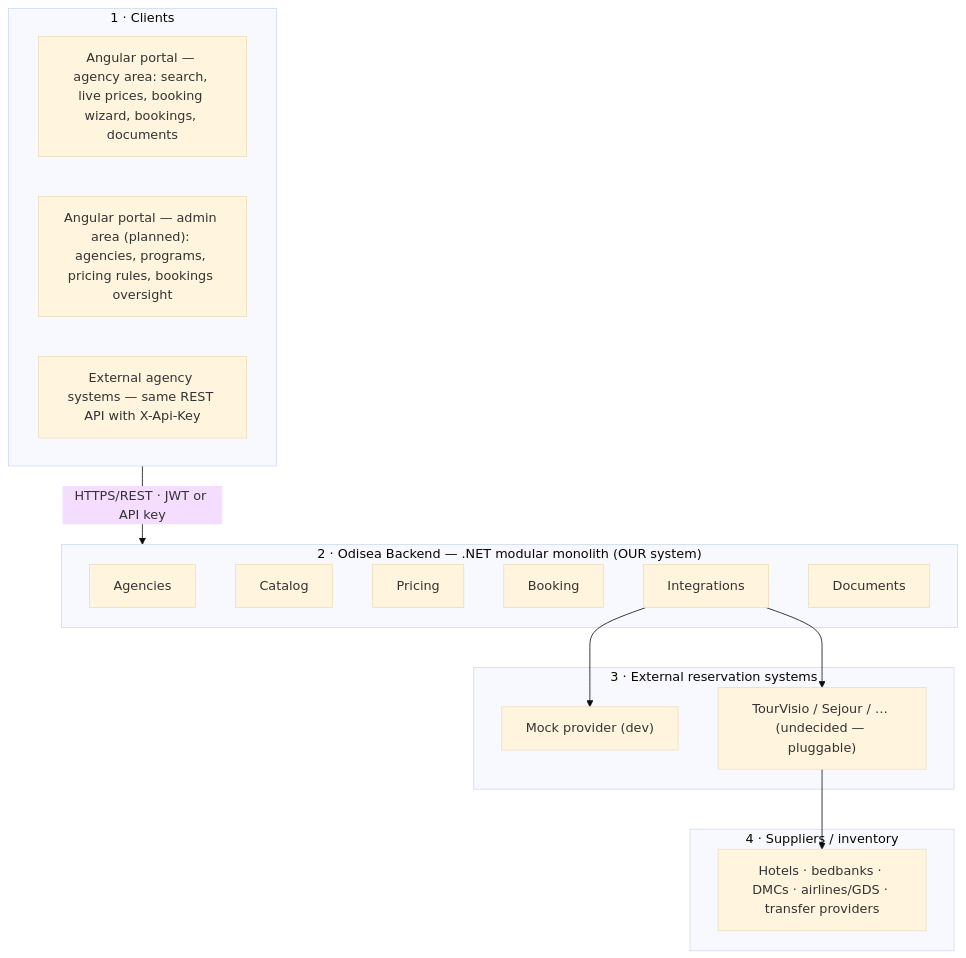
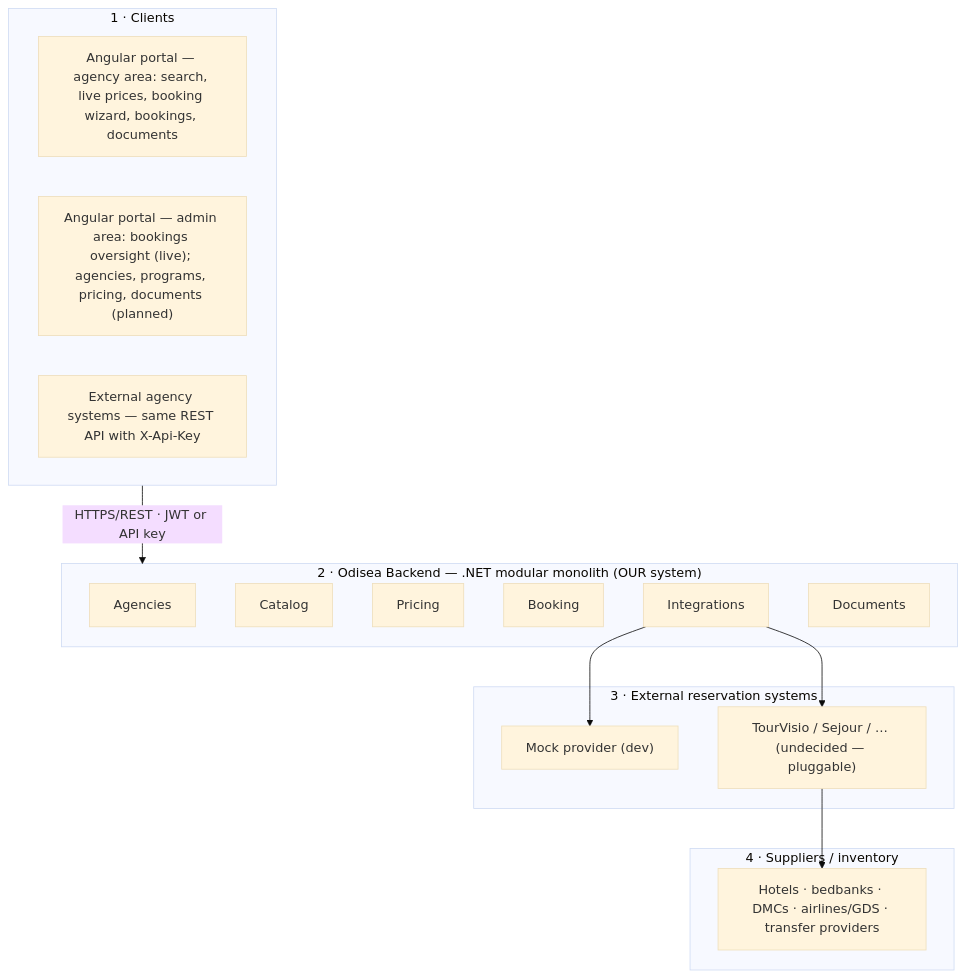
Before and after one commit to odisea-network/odisea: the diagram in docs/ARCHITECTURE.md, drawn with Mermaid (base theme). The commit also changed other lines of this file and 10 other files, not shown here.

First line of the commit message:
feat(portal): admin bookings oversight

````diff
--- a/docs/ARCHITECTURE.md
+++ b/docs/ARCHITECTURE.md
@@ -11,27 +11,27 @@
 ```mermaid
 flowchart TB
     subgraph T1["1 · Clients"]
         agency["Angular portal — agency area: search, live prices, booking wizard, bookings, documents"]
-        admin["Angular portal — admin area (planned): agencies, programs, pricing rules, bookings oversight"]
+        admin["Angular portal — admin area: bookings oversight (live); agencies, programs, pricing, documents (planned)"]
         partner["External agency systems — same REST API with X-Api-Key"]
     end
     subgraph T2["2 · Odisea Backend — .NET modular monolith (OUR system)"]
         AG[Agencies]
         CAT[Catalog]
         PRC[Pricing]
         BKG[Booking]
         INT[Integrations]
         DOC[Documents]
     end
     subgraph T3["3 · External reservation systems"]
         MOCK["Mock provider (dev)"]
         TV["TourVisio / Sejour / … (undecided — pluggable)"]
     end
     subgraph T4["4 · Suppliers / inventory"]
         SUP["Hotels · bedbanks · DMCs · airlines/GDS · transfer providers"]
     end
     T1 -->|HTTPS/REST · JWT or API key| T2
     INT --> MOCK
     INT --> TV
     TV --> SUP
 ```
````
